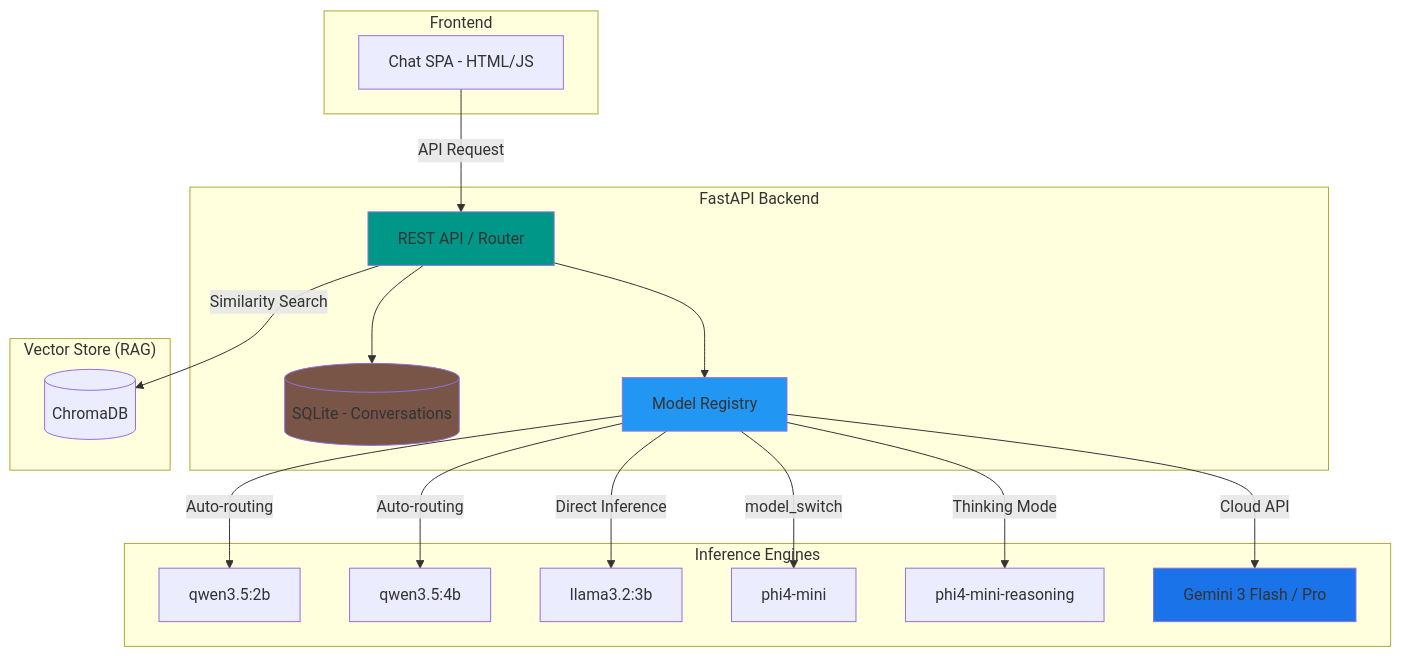
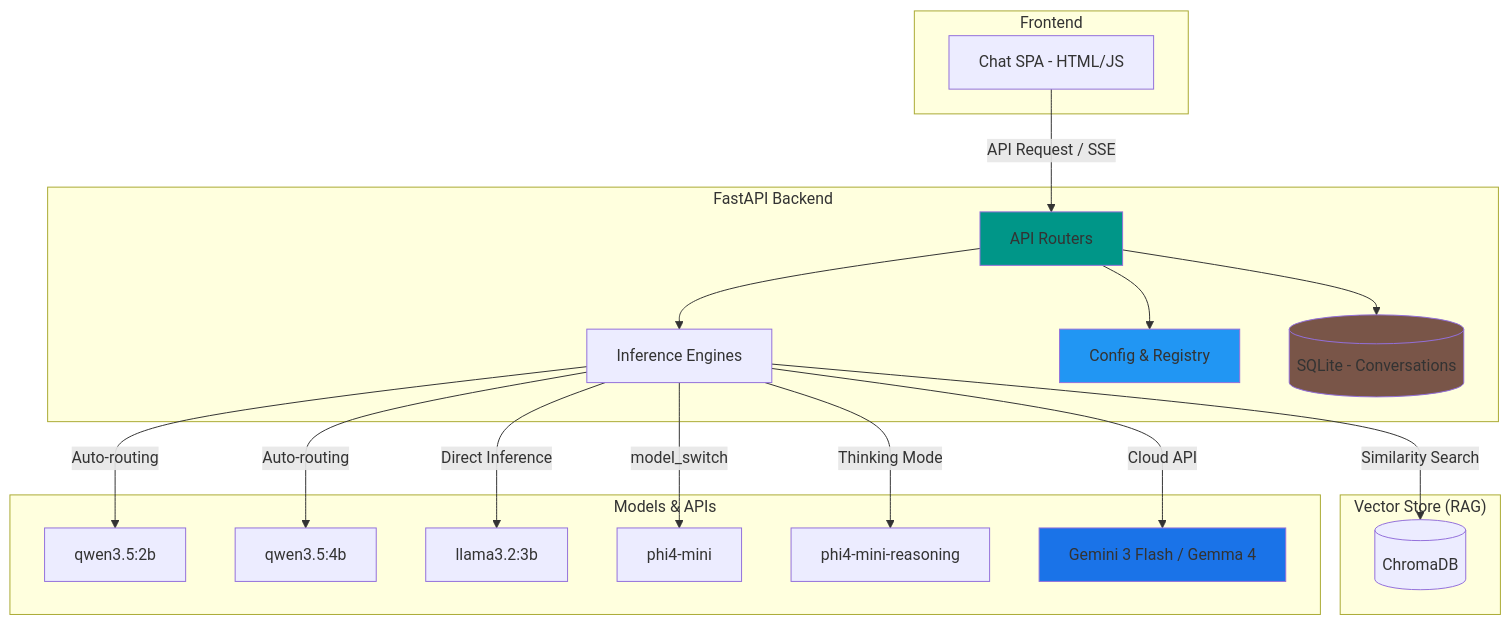
Before and after one commit to mile-chang/rag-kura: the diagram in README.md, drawn with Mermaid. The commit also changed other lines of this file and 2 other files, not shown here.

Commit message:
docs(models): update supported gemini and gemma models
- Replace Gemini 3.1 Pro references with Gemma 4 31B across all README files.
- Update inference strategies (thinking_level, thinking_level_optional) to reflect current API parameters.
- Keep English, Traditional Chinese, and Japanese documentations synchronized.

````diff
--- a/README.md
+++ b/README.md
@@ -39,41 +40,43 @@
 ```mermaid
 graph TB
     subgraph "Frontend"
         UI[Chat SPA - HTML/JS]
     end
 
     subgraph "FastAPI Backend"
-        ROUTER[REST API / Router]
+        API[API Routers]
+        INF[Inference Engines]
+        REG[Config & Registry]
         DB[(SQLite - Conversations)]
-        REG[Model Registry]
     end
 
     subgraph "Vector Store (RAG)"
         CHROMA[(ChromaDB)]
     end
 
-    subgraph "Inference Engines"
+    subgraph "Models & APIs"
         Q2[qwen3.5:2b]
         Q4[qwen3.5:4b]
         L3[llama3.2:3b]
         P4[phi4-mini]
         P4R[phi4-mini-reasoning]
-        GEM[Gemini 3 Flash / Pro]
+        GEM[Gemini 3 Flash / Gemma 4]
     end
 
-    UI -->|API Request| ROUTER
-    ROUTER --> DB
-    ROUTER -->|Similarity Search| CHROMA
-    ROUTER --> REG
-    REG -->|Auto-routing| Q2
-    REG -->|Auto-routing| Q4
-    REG -->|Direct Inference| L3
-    REG -->|model_switch| P4
-    REG -->|Thinking Mode| P4R
-    REG -->|Cloud API| GEM
+    UI -->|API Request / SSE| API
+    API --> DB
+    API --> REG
+    API --> INF
+    INF -->|Similarity Search| CHROMA
+    INF -->|Auto-routing| Q2
+    INF -->|Auto-routing| Q4
+    INF -->|Direct Inference| L3
+    INF -->|model_switch| P4
+    INF -->|Thinking Mode| P4R
+    INF -->|Cloud API| GEM
 
-    style ROUTER fill:#009688
+    style API fill:#009688
     style DB fill:#795548
     style REG fill:#2196F3
     style GEM fill:#1A73E8
 ```
````
